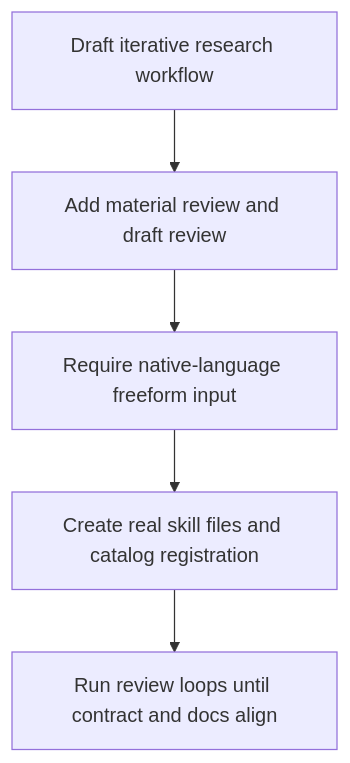
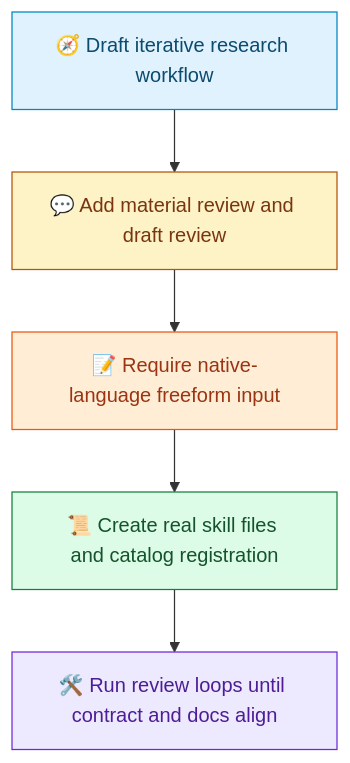
Before and after one commit to waynebaby/Techne-Loom: the second of 2 diagrams in demos/loom-enhanced-research/2. Ungovernanced/Readme.md, drawn with Mermaid. The commit also changed other lines of this file and 19 other files, not shown here.

Commit message:
Standardize Mermaid accessibility across docs

````diff
--- a/demos/loom-enhanced-research/2. Ungovernanced/Readme.md
+++ b/demos/loom-enhanced-research/2. Ungovernanced/Readme.md
@@ -51,7 +53,19 @@
 ```mermaid
 flowchart TD
-    A[Draft iterative research workflow] --> B[Add material review and draft review]
-    B --> C[Require native-language freeform input]
-    C --> D[Create real skill files and catalog registration]
-    D --> E[Run review loops until contract and docs align]
+    A[🧭 Draft iterative research workflow] --> B[💬 Add material review and draft review]
+    B --> C[📝 Require native-language freeform input]
+    C --> D[📜 Create real skill files and catalog registration]
+    D --> E[🛠️ Run review loops until contract and docs align]
+
+    classDef blue fill:#E0F2FE,stroke:#0284C7,color:#0C4A6E;
+    classDef yellow fill:#FEF3C7,stroke:#B45309,color:#78350F;
+    classDef orange fill:#FFEDD5,stroke:#EA580C,color:#9A3412;
+    classDef green fill:#DCFCE7,stroke:#15803D,color:#14532D;
+    classDef purple fill:#EDE9FE,stroke:#6D28D9,color:#4C1D95;
+
+    class A blue;
+    class B yellow;
+    class C orange;
+    class D green;
+    class E purple;
 ```
````
